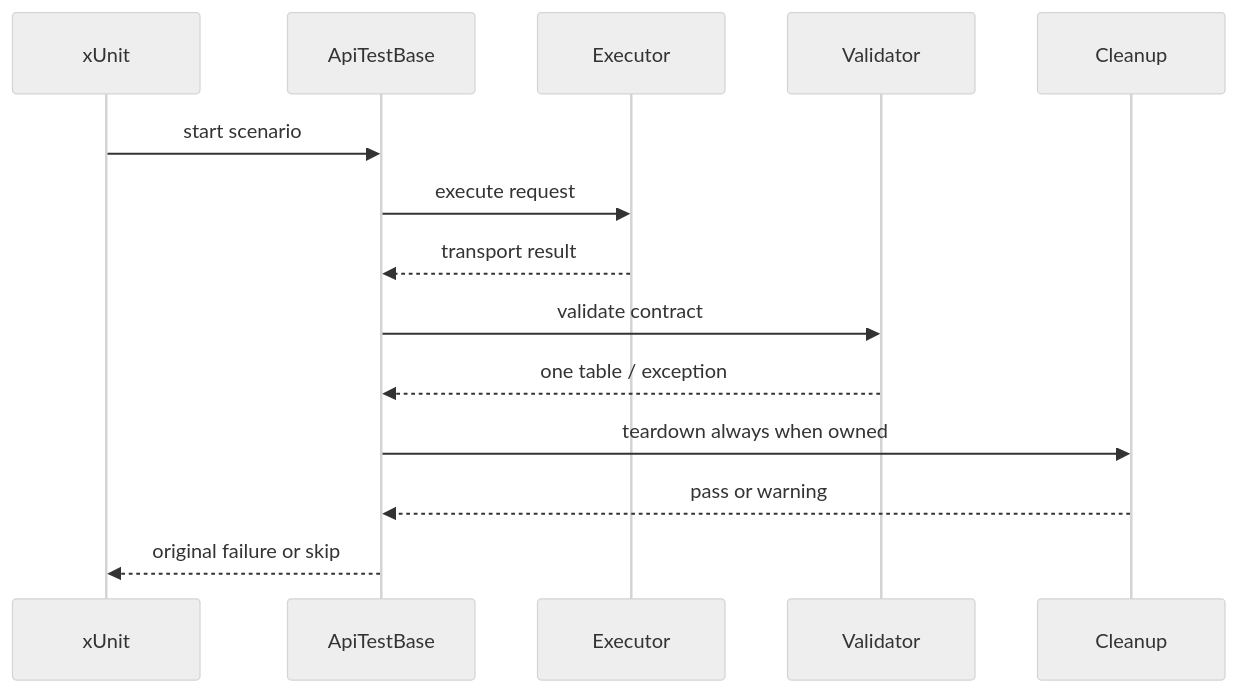
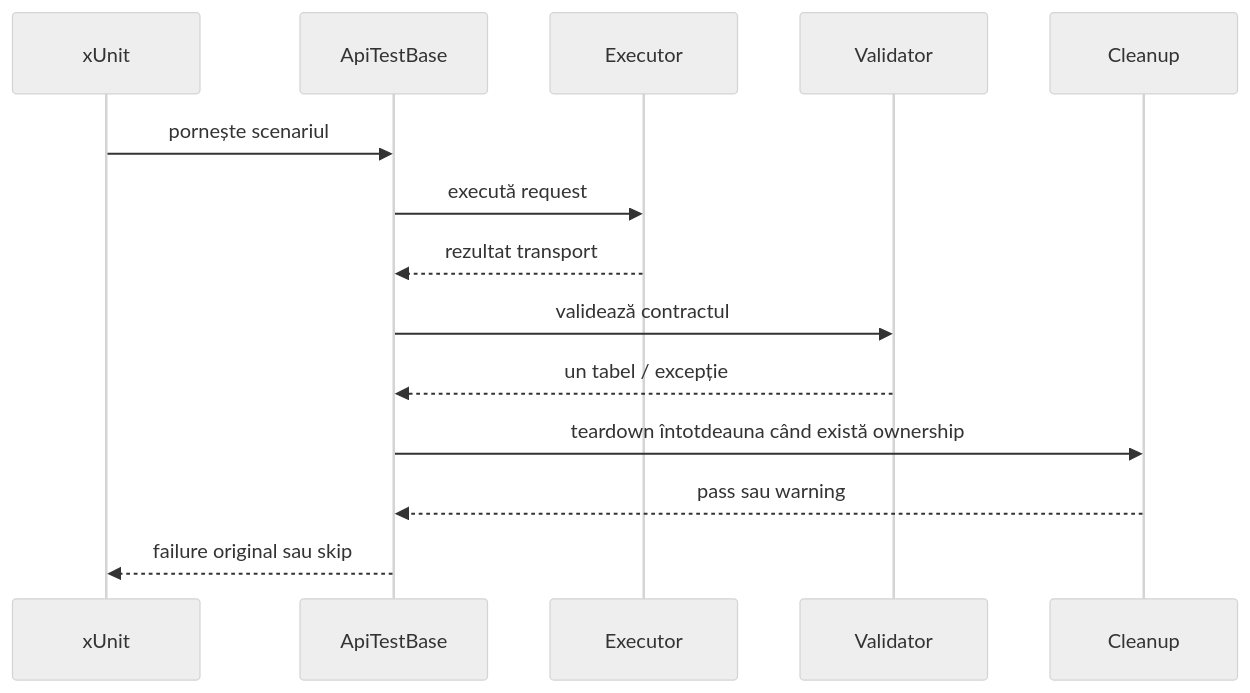
One commit to crististefanita/CS1 changed the fourth of 4 diagrams in Atf.Api/README.md. Above: the diagram before and after it, drawn with Mermaid (neutral theme). The commit also changed other lines of this file and 28 other files, not shown here.

````diff
--- a/Atf.Api/README.md
+++ b/Atf.Api/README.md
@@ -446,16 +459,16 @@
 ```mermaid
 sequenceDiagram
     participant X as xUnit
     participant B as ApiTestBase
     participant E as Executor
     participant V as Validator
     participant C as Cleanup
-    X->>B: start scenario
-    B->>E: execute request
-    E-->>B: transport result
-    B->>V: validate contract
-    V-->>B: one table / exception
-    B->>C: teardown always when owned
-    C-->>B: pass or warning
-    B-->>X: original failure or skip
+    X->>B: pornește scenariul
+    B->>E: execută request
+    E-->>B: rezultat transport
+    B->>V: validează contractul
+    V-->>B: un tabel / excepție
+    B->>C: teardown întotdeauna când există ownership
+    C-->>B: pass sau warning
+    B-->>X: failure original sau skip
 ```
````
